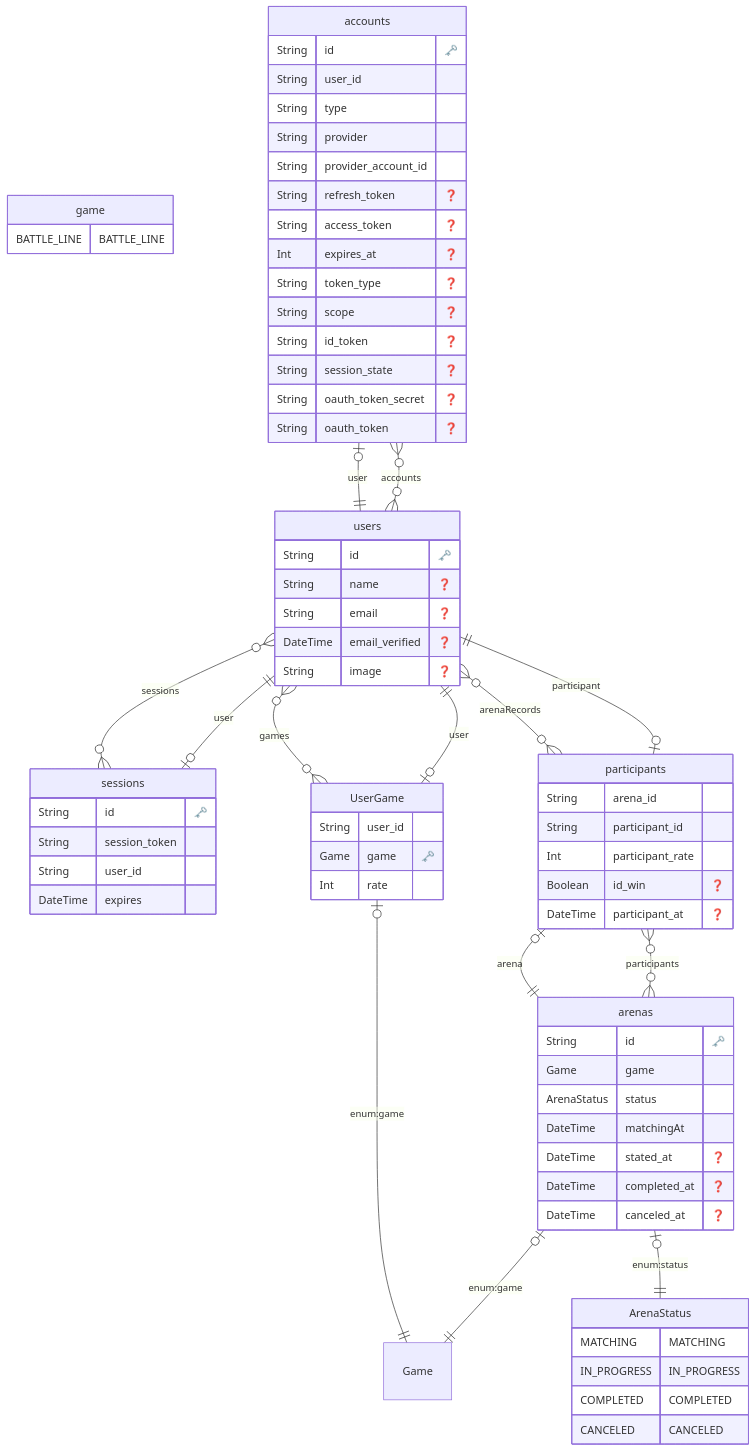
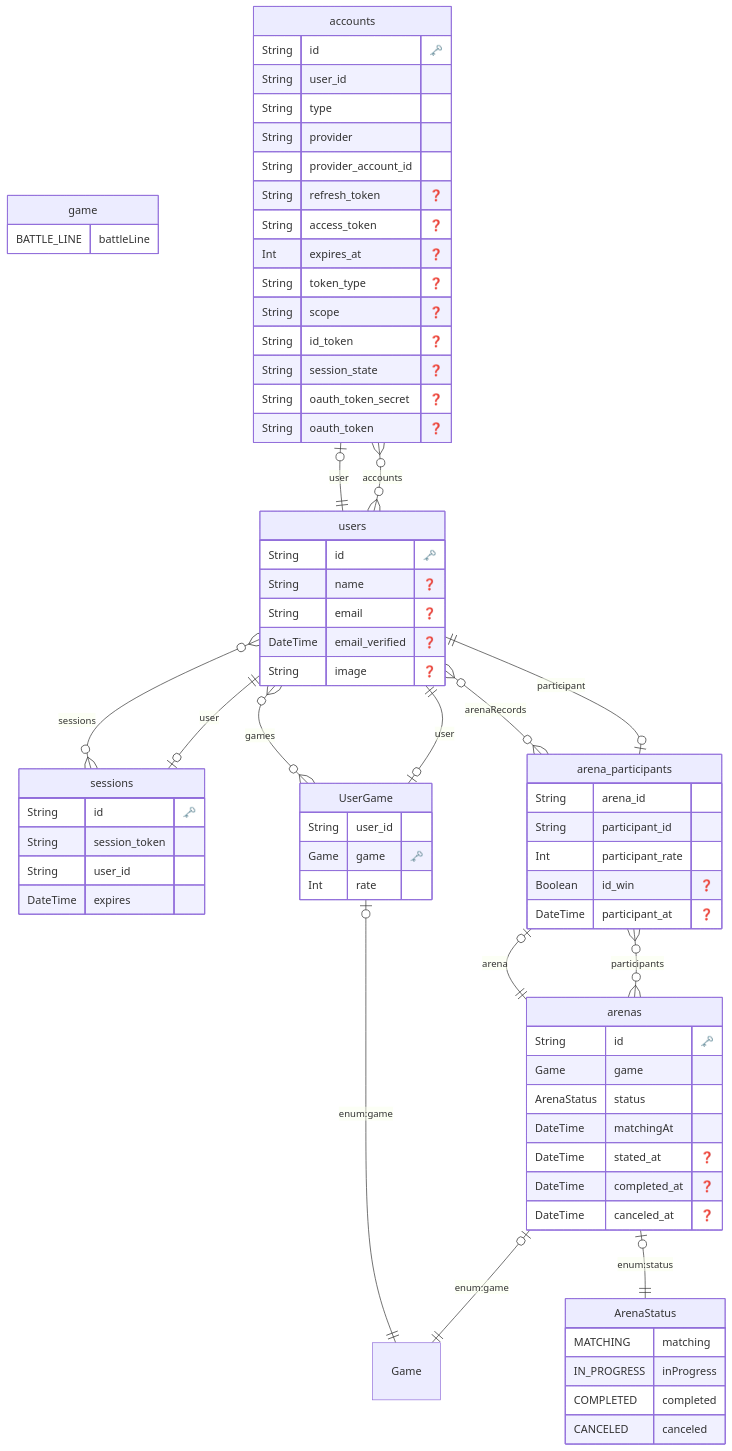
Before and after one commit to hotter6163/rate-world: the diagram in prisma/schema.md, drawn with Mermaid. The commit also changed 1 other file, not shown here.

Commit message:
:adhesive_bandage: fix schema map names

````diff
--- a/prisma/schema.md
+++ b/prisma/schema.md
@@ -2,16 +2,16 @@
 erDiagram
 
         game {
-            BATTLE_LINE BATTLE_LINE
+            BATTLE_LINE battleLine
         }
     
 
 
         ArenaStatus {
-            MATCHING MATCHING
-IN_PROGRESS IN_PROGRESS
-COMPLETED COMPLETED
-CANCELED CANCELED
+            MATCHING matching
+IN_PROGRESS inProgress
+COMPLETED completed
+CANCELED canceled
         }
     
   "accounts" {
@@ -67,7 +67,7 @@
     }
   
 
-  "participants" {
+  "arena_participants" {
     String arena_id 
     String participant_id 
     Int participant_rate 
@@ -79,13 +79,13 @@
     "sessions" o|--|| "users" : "user"
     "users" o{--}o "accounts" : "accounts"
     "users" o{--}o "sessions" : "sessions"
-    "users" o{--}o "participants" : "arenaRecords"
+    "users" o{--}o "arena_participants" : "arenaRecords"
     "users" o{--}o "UserGame" : "games"
     "UserGame" o|--|| "Game" : "enum:game"
     "UserGame" o|--|| "users" : "user"
     "arenas" o|--|| "Game" : "enum:game"
     "arenas" o|--|| "ArenaStatus" : "enum:status"
-    "arenas" o{--}o "participants" : "participants"
-    "participants" o|--|| "arenas" : "arena"
-    "participants" o|--|| "users" : "participant"
+    "arenas" o{--}o "arena_participants" : "participants"
+    "arena_participants" o|--|| "arenas" : "arena"
+    "arena_participants" o|--|| "users" : "participant"
 ```
````
